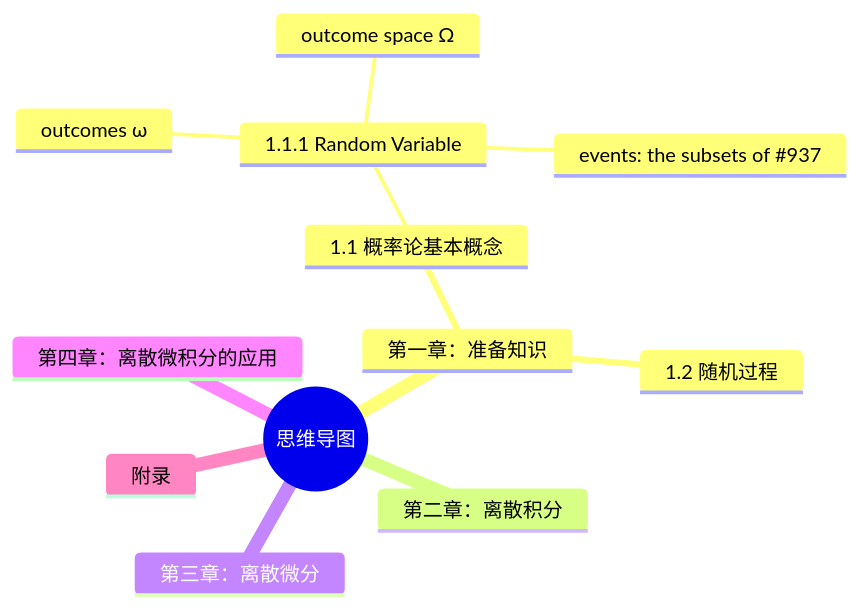
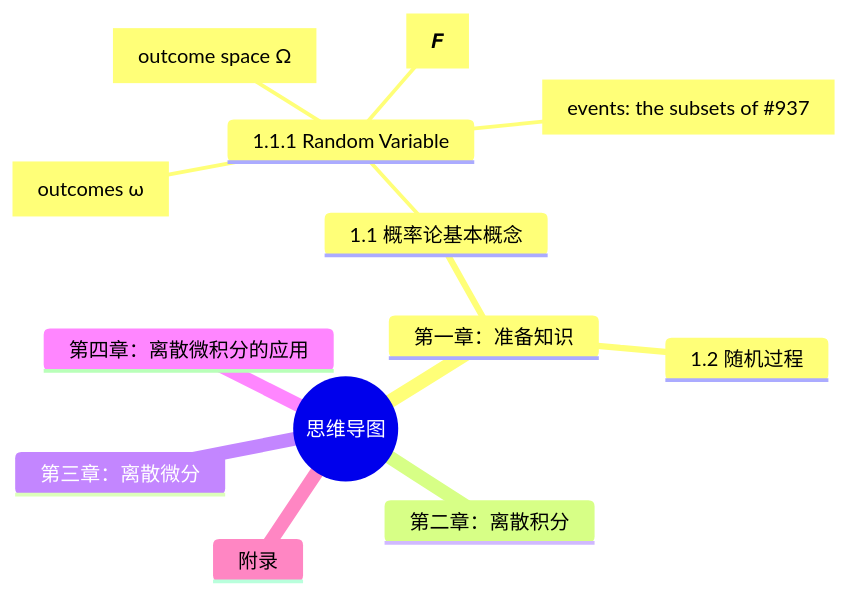
Before and after one commit to damonYuan/gitbook: the diagram in math/230715-stochastic-calculus.md, drawn with Mermaid.

````diff
--- a/math/230715-stochastic-calculus.md
+++ b/math/230715-stochastic-calculus.md
@@ -11,16 +11,17 @@
 ```mermaid
 mindmap
   root((思维导图))
     第一章：准备知识 
       1.1 概率论基本概念
         1.1.1 Random Variable
-            outcomes #969;
-            outcome space #937;
-            events#58; the subsets of #937
+            id1111["`outcomes #969;`"]
+            id1112["`outcome space #937;`"]
+            id1113["`events#58; the subsets of #937`"]
+            id1114["`#119917;`"]
       1.2 随机过程
     第二章：离散积分
     第三章：离散微分
     第四章：离散微积分的应用
     附录
  
 ```
````
